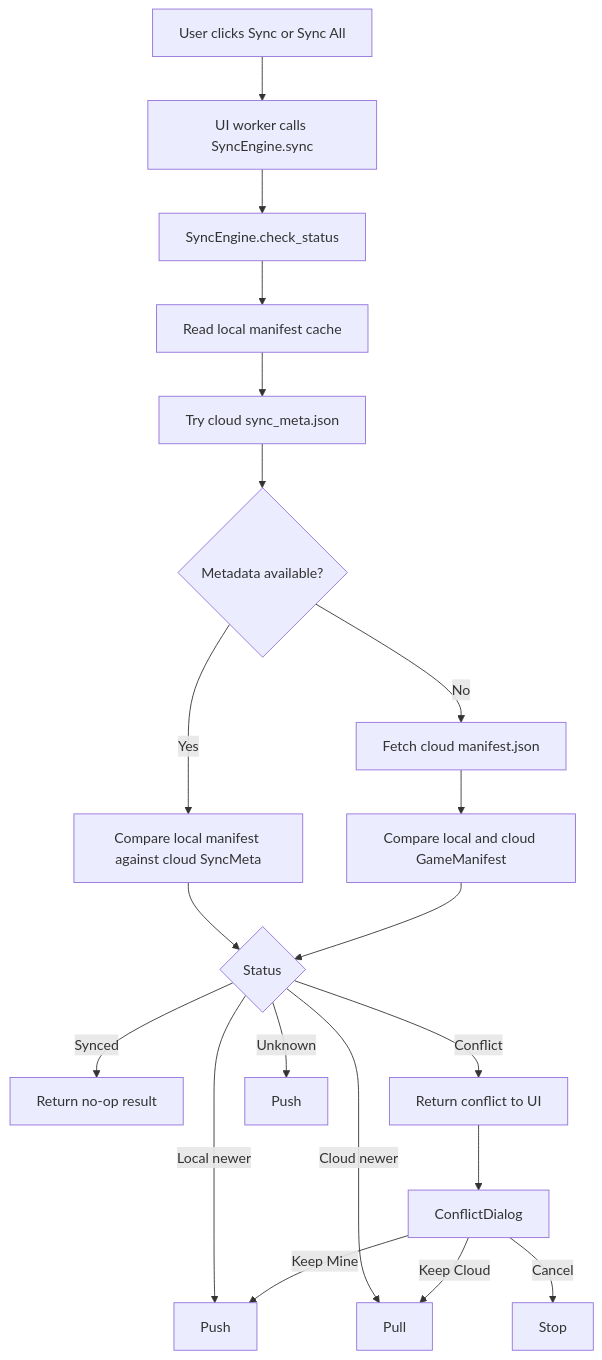
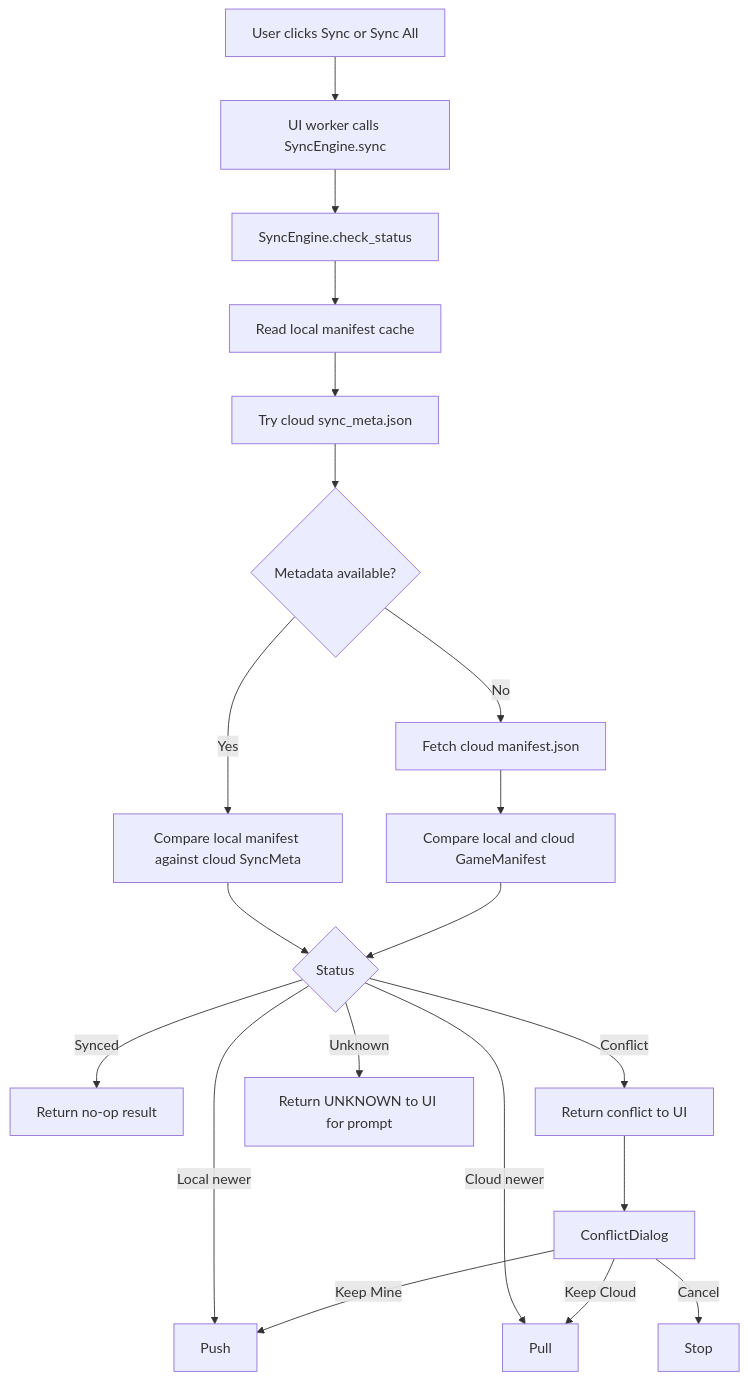
The first of 6 diagrams in docs/TECHNICAL.md (d1p/savesync), drawn with Mermaid before and after one commit. The commit also changed other lines of this file and 18 other files, not shown here.

````diff
--- a/docs/TECHNICAL.md
+++ b/docs/TECHNICAL.md
@@ -27,22 +28,22 @@
 ```mermaid
 flowchart TD
     A[User clicks Sync or Sync All] --> B[UI worker calls SyncEngine.sync]
     B --> C[SyncEngine.check_status]
     C --> D[Read local manifest cache]
     D --> E[Try cloud sync_meta.json]
     E --> F{Metadata available?}
     F -->|Yes| G[Compare local manifest against cloud SyncMeta]
     F -->|No| H[Fetch cloud manifest.json]
     H --> I[Compare local and cloud GameManifest]
     G --> J{Status}
     I --> J
     J -->|Synced| K[Return no-op result]
     J -->|Local newer| L[Push]
     J -->|Cloud newer| M[Pull]
     J -->|Conflict| N[Return conflict to UI]
-    J -->|Unknown| O[Push]
+    J -->|Unknown| O[Return UNKNOWN to UI for prompt]
     N --> P[ConflictDialog]
     P -->|Keep Mine| L
     P -->|Keep Cloud| M
     P -->|Cancel| Q[Stop]
 ```
````
